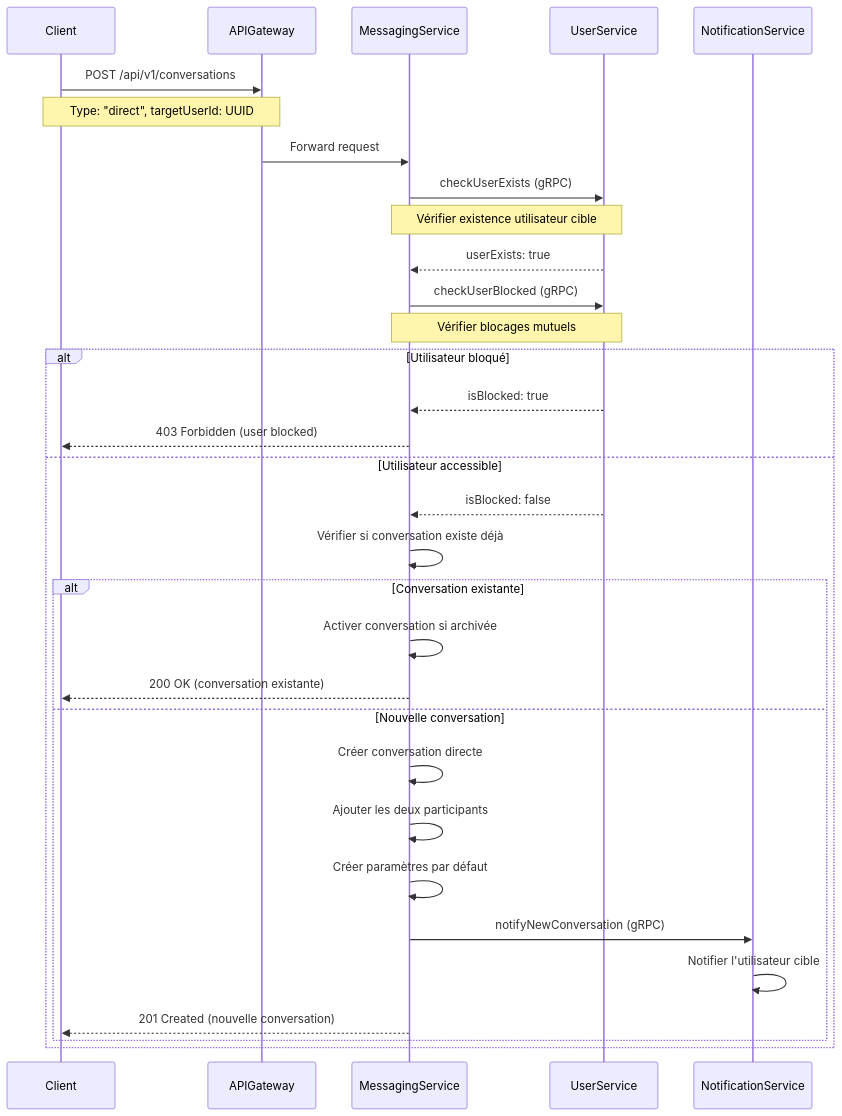
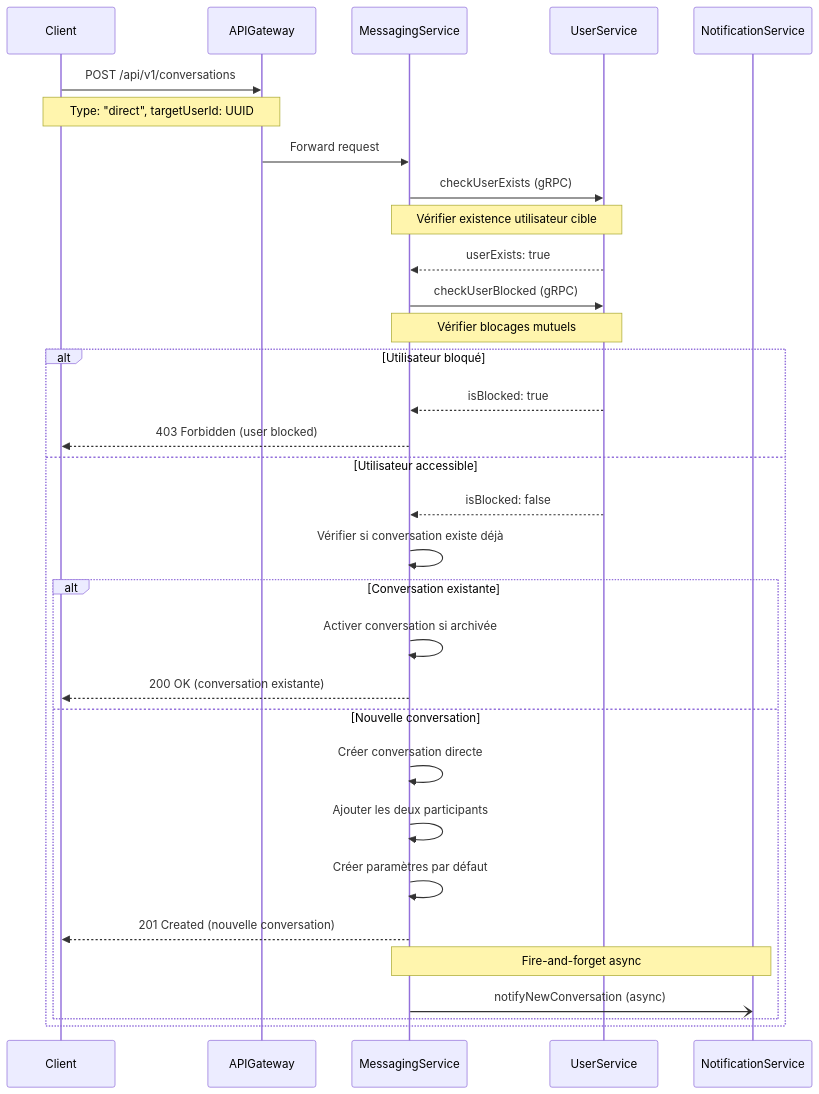
Before and after one commit to whispr-messenger/messaging-service: the first of 10 diagrams in documentation/src/2_fonctional_specs/1_chats_management.md, drawn with Mermaid. The commit also changed other lines of this file and 1 other file, not shown here.

Commit message:
docs: align inter-service call specs with bounded context principles
- Replace synchronous validateMessagePermissions gRPC call with local
  membership check in ConversationProcess; block state managed via
  async events from user-service (eventual consistency)
- Make notification calls (notifyNewConversation, notifyNewGroupConversation,
  sendPushNotifications) explicitly fire-and-forget async — client response
  is not gated on notification delivery
- Clarify that getOfflineRecipients runs inside an async task after the
  sent reply has already been returned to the client

````diff
--- a/documentation/src/2_fonctional_specs/1_chats_management.md
+++ b/documentation/src/2_fonctional_specs/1_chats_management.md
@@ -32,42 +32,42 @@
 ```mermaid
 sequenceDiagram
     participant Client
     participant APIGateway
     participant MessagingService
     participant UserService
     participant NotifService as NotificationService
     
     Client->>APIGateway: POST /api/v1/conversations
     Note over Client,APIGateway: Type: "direct", targetUserId: UUID
     APIGateway->>MessagingService: Forward request
     
     MessagingService->>UserService: checkUserExists (gRPC)
     Note over MessagingService,UserService: Vérifier existence utilisateur cible
     UserService-->>MessagingService: userExists: true
     
     MessagingService->>UserService: checkUserBlocked (gRPC)
     Note over MessagingService,UserService: Vérifier blocages mutuels
     
     alt Utilisateur bloqué
         UserService-->>MessagingService: isBlocked: true
         MessagingService-->>Client: 403 Forbidden (user blocked)
     else Utilisateur accessible
         UserService-->>MessagingService: isBlocked: false
         
         MessagingService->>MessagingService: Vérifier si conversation existe déjà
         
         alt Conversation existante
             MessagingService->>MessagingService: Activer conversation si archivée
             MessagingService-->>Client: 200 OK (conversation existante)
         else Nouvelle conversation
             MessagingService->>MessagingService: Créer conversation directe
             MessagingService->>MessagingService: Ajouter les deux participants
             MessagingService->>MessagingService: Créer paramètres par défaut
-            
-            MessagingService->>NotifService: notifyNewConversation (gRPC)
-            NotifService->>NotifService: Notifier l'utilisateur cible
-            
+
             MessagingService-->>Client: 201 Created (nouvelle conversation)
+
+            Note over MessagingService,NotifService: Fire-and-forget async
+            MessagingService-)NotifService: notifyNewConversation (async)
         end
     end
 ```
````
